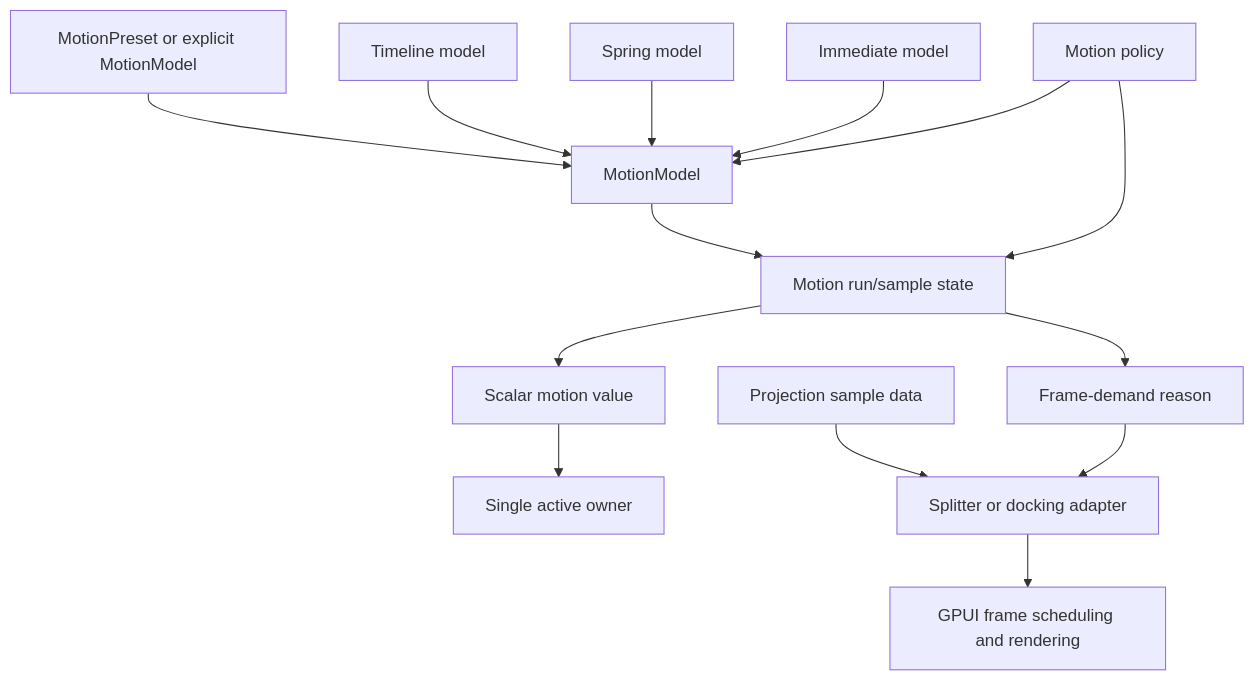
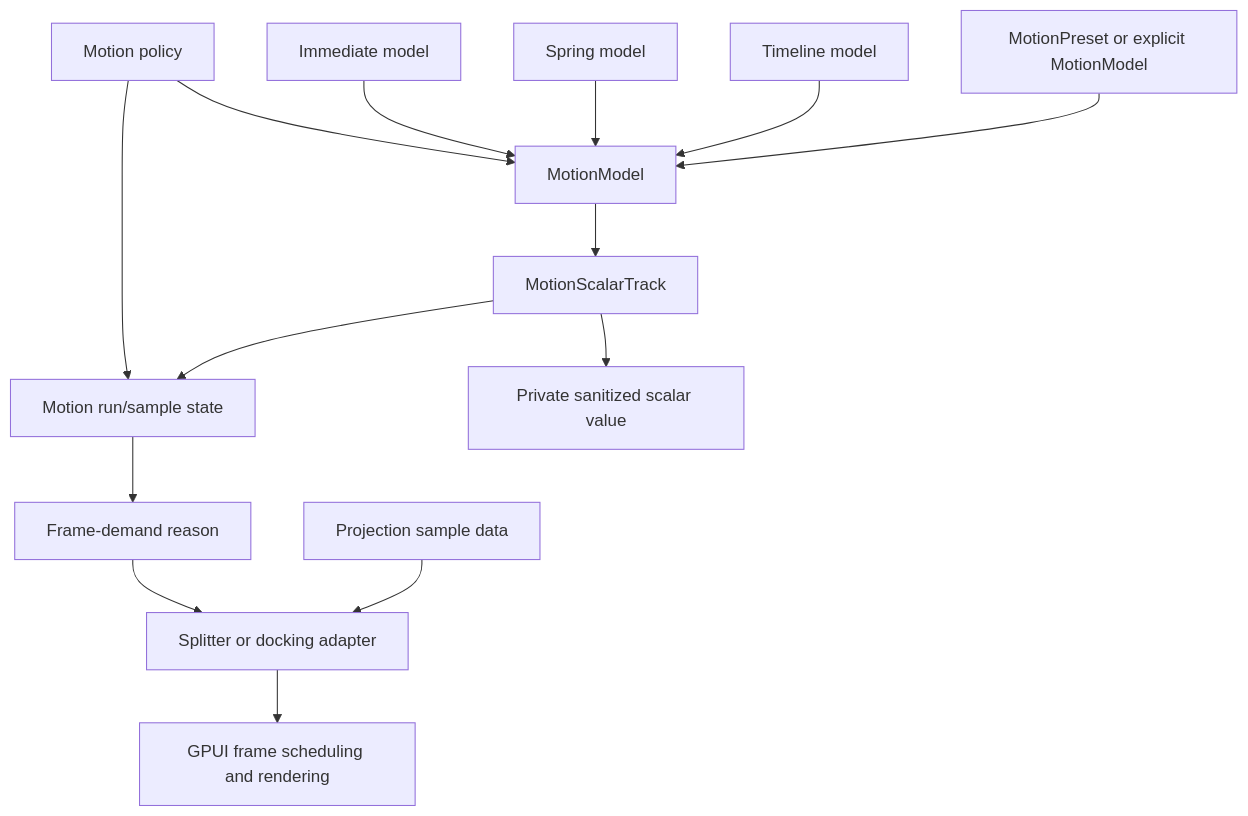
Before and after one commit to Latias94/open-gpui: the diagram in docs/adr/0017-ui-motion-value-foundation.md, drawn with Mermaid. The commit also changed other lines of this file and 5 other files, not shown here.

Commit message:
refactor(ui-core): privatize motion value internals

````diff
--- a/docs/adr/0017-ui-motion-value-foundation.md
+++ b/docs/adr/0017-ui-motion-value-foundation.md
@@ -72,16 +75,16 @@
 ```mermaid
 flowchart TB
   Preset[MotionPreset or explicit MotionModel] --> Model[MotionModel]
   Timeline[Timeline model] --> Model
   Spring[Spring model] --> Model
   Immediate[Immediate model] --> Model
-  Model --> Run[Motion run/sample state]
-  Run --> Value[Scalar motion value]
-  Value --> Owner[Single active owner]
+  Model --> Track[MotionScalarTrack]
+  Track --> Run[Motion run/sample state]
+  Track --> Value[Private sanitized scalar value]
   Run --> Demand[Frame-demand reason]
   Policy[Motion policy] --> Model
   Policy --> Run
   Projection[Projection sample data] --> Adapter[Splitter or docking adapter]
   Demand --> Adapter
   Adapter --> GPUI[GPUI frame scheduling and rendering]
 ```
````
